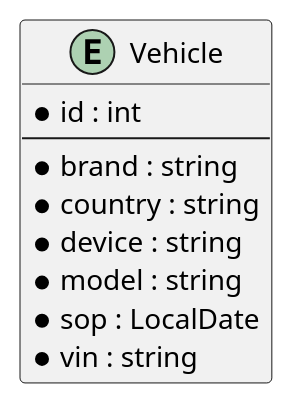
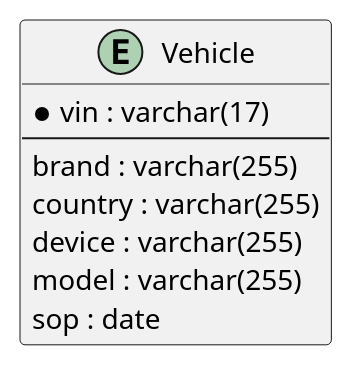
Before and after one commit to Dinesh-s95/AutoDoc.ai: the fourth of 4 diagrams in vehiclemanagement/documentation/detaileddesign.adoc, drawn with PlantUML. The commit also changed other lines of this file and 15 other files, not shown here.

```diff
--- a/vehiclemanagement/documentation/detaileddesign.adoc
+++ b/vehiclemanagement/documentation/detaileddesign.adoc
@@ -129,15 +129,14 @@
 [plantuml, entity-relationship-diagram, png]
-----
+....
 @startuml
 entity "Vehicle" {
-  * id : int
-  --
-  * brand : string
-  * country : string
-  * device : string
-  * model : string
-  * sop : LocalDate
-  * vin : string
+  * vin : varchar(17)
+  ---
+  brand : varchar(255)
+  country : varchar(255)
+  device : varchar(255)
+  model : varchar(255)
+  sop : date
 }
 @enduml
-----
+....
```
